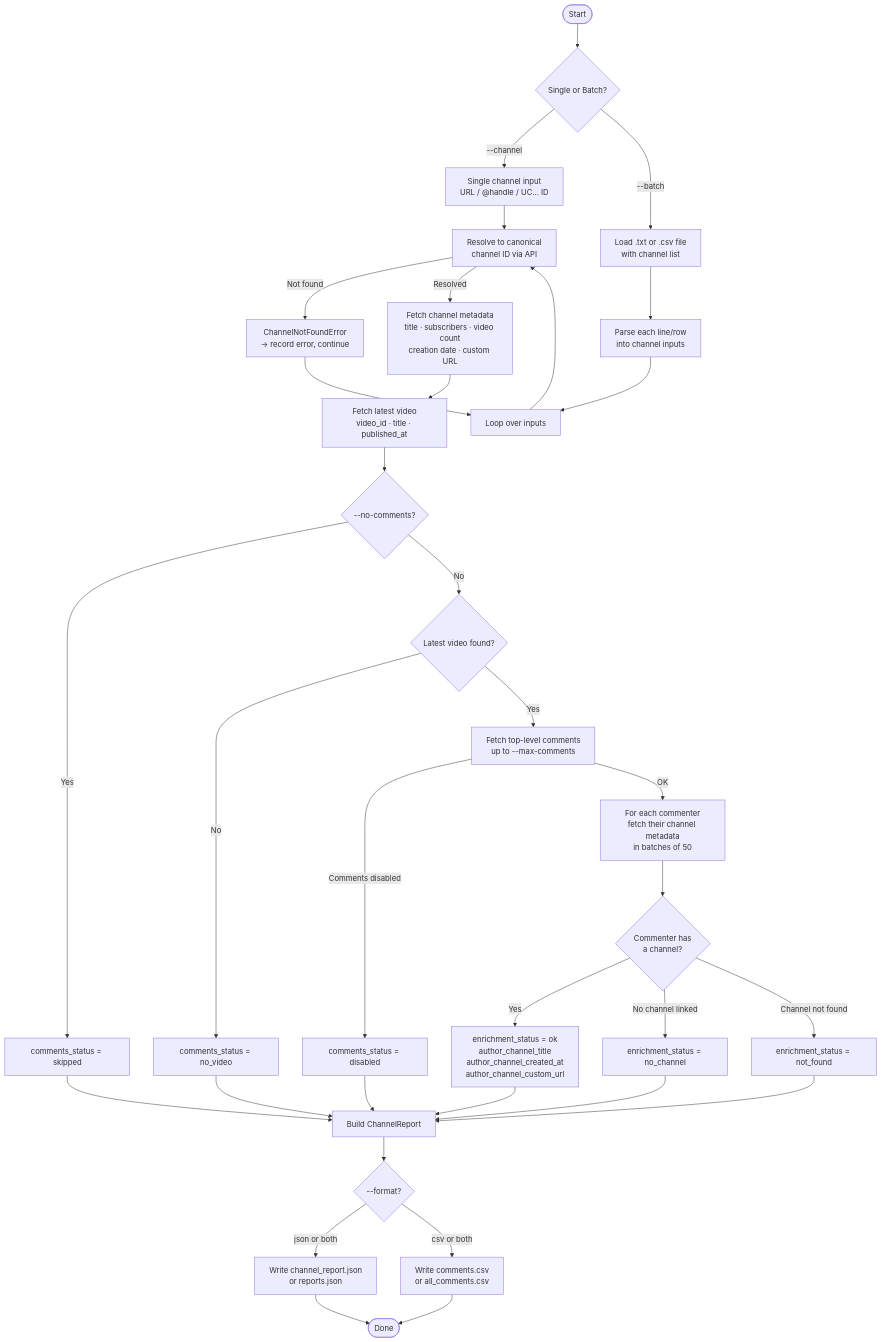
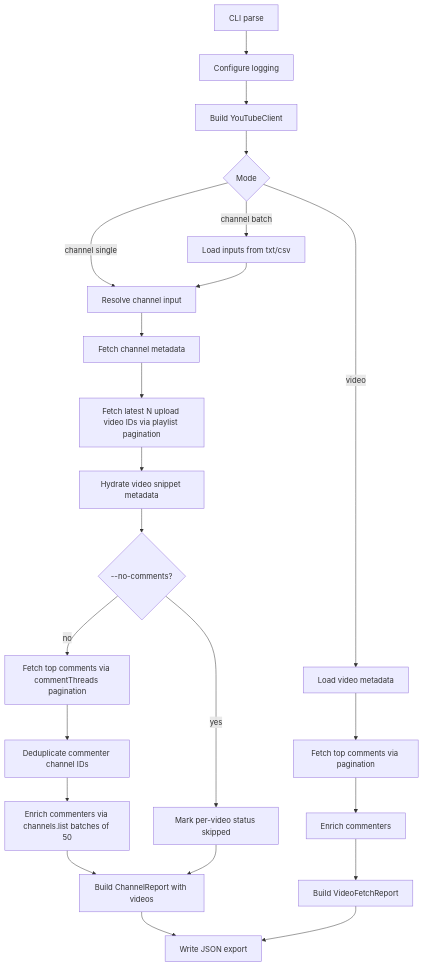
Before and after one commit to kaushalkrishna2000/youtube-bot-analytics: the diagram in README.md, drawn with Mermaid. The commit also changed other lines of this file and 10 other files, not shown here.

Commit message:
Initial CLI and batch-processing support for YouTube Data API fetch modes, including argument parsing, multi-mode workflows, and export paths.

````diff
--- a/README.md
+++ b/README.md
@@ -171,46 +100,31 @@
 ```mermaid
 flowchart TD
-    A([Start]) --> B{Single or Batch?}
+    A[CLI parse] --> B[Configure logging]
+    B --> C[Build YouTubeClient]
+    C --> D{Mode}
 
-    B -->|--channel| C[Single channel input\nURL / @handle / UC... ID]
-    B -->|--batch| D[Load .txt or .csv file\nwith channel list]
+    D -->|channel single| E[Resolve channel input]
+    D -->|channel batch| F[Load inputs from txt/csv]
+    D -->|video| G[Load video metadata]
 
-    D --> E[Parse each line/row\ninto channel inputs]
-    E --> F[Loop over inputs]
-    C --> G
+    F --> E
+    E --> H[Fetch channel metadata]
+    H --> I[Fetch latest N upload video IDs via playlist pagination]
+    I --> J[Hydrate video snippet metadata]
 
-    F --> G[Resolve to canonical\nchannel ID via API]
+    J --> K{--no-comments?}
+    K -->|yes| L[Mark per-video status skipped]
+    K -->|no| M[Fetch top comments via commentThreads pagination]
 
-    G -->|Not found| ERR1[ChannelNotFoundError\n→ record error, continue]
-    G -->|Resolved| H[Fetch channel metadata\ntitle · subscribers · video count\ncreation date · custom URL]
+    M --> N[Deduplicate commenter channel IDs]
+    N --> O[Enrich commenters via channels.list batches of 50]
+    O --> P[Build ChannelReport with videos]
+    L --> P
 
-    H --> I[Fetch latest video\nvideo_id · title · published_at]
+    G --> Q[Fetch top comments via pagination]
+    Q --> R[Enrich commenters]
+    R --> S[Build VideoFetchReport]
 
-    I --> J{--no-comments?}
-
-    J -->|Yes| K[comments_status = skipped]
-    J -->|No| L{Latest video found?}
-
-    L -->|No| M[comments_status = no_video]
-    L -->|Yes| N[Fetch top-level comments\nup to --max-comments]
-
-    N -->|Comments disabled| O[comments_status = disabled]
-    N -->|OK| P[For each commenter\nfetch their channel metadata\nin batches of 50]
-
-    P --> Q{Commenter has\na channel?}
-    Q -->|Yes| R[enrichment_status = ok\nauthor_channel_title\nauthor_channel_created_at\nauthor_channel_custom_url]
-    Q -->|No channel linked| S[enrichment_status = no_channel]
-    Q -->|Channel not found| T[enrichment_status = not_found]
-
-    R & S & T --> U[Build ChannelReport]
-    K & M & O --> U
-
-    U --> V{--format?}
-
-    V -->|json or both| W[Write channel_report.json\nor reports.json]
-    V -->|csv or both| X[Write comments.csv\nor all_comments.csv]
-
-    W & X --> Y([Done])
-
-    ERR1 --> F
+    P --> T[Write JSON export]
+    S --> T
 ```
````
